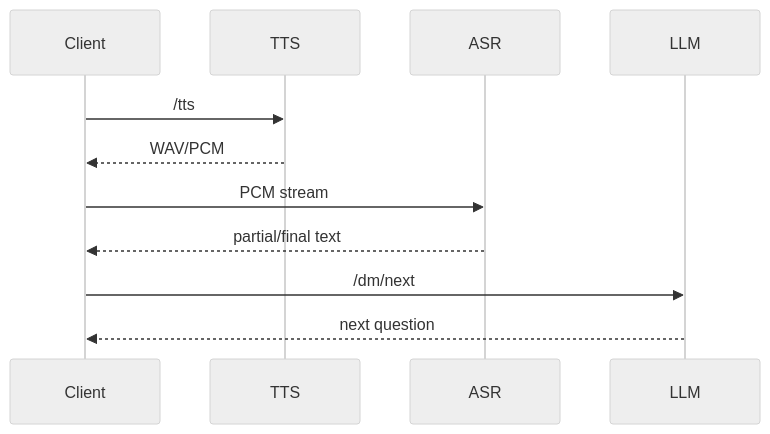
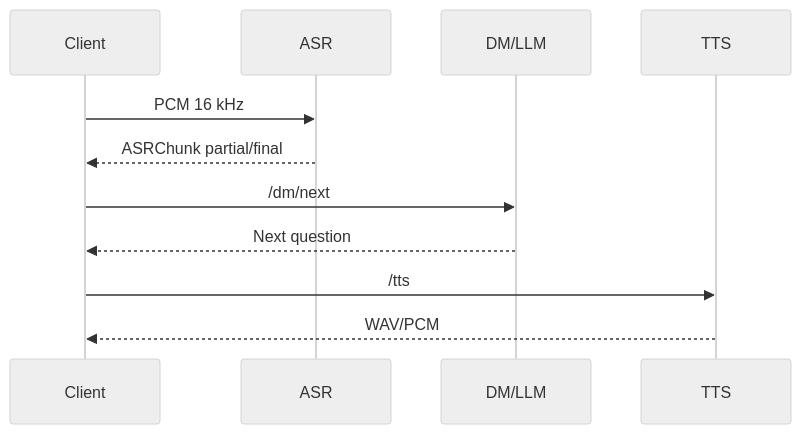
Before and after one commit to damadan/more_audio_hack: the second of 3 diagrams in docs/ARCHITECTURE.md, drawn with Mermaid (neutral theme). The commit also changed other lines of this file and 12 other files, not shown here.

````diff
--- a/docs/ARCHITECTURE.md
+++ b/docs/ARCHITECTURE.md
@@ -43,13 +30,13 @@
 ```mermaid
 sequenceDiagram
     participant C as Client
+    participant A as ASR
+    participant D as DM/LLM
     participant T as TTS
-    participant A as ASR
-    participant L as LLM
+    C->>A: PCM 16 kHz
+    A-->>C: ASRChunk partial/final
+    C->>D: /dm/next
+    D-->>C: Next question
     C->>T: /tts
     T-->>C: WAV/PCM
-    C->>A: PCM stream
-    A-->>C: partial/final text
-    C->>L: /dm/next
-    L-->>C: next question
 ```
````
